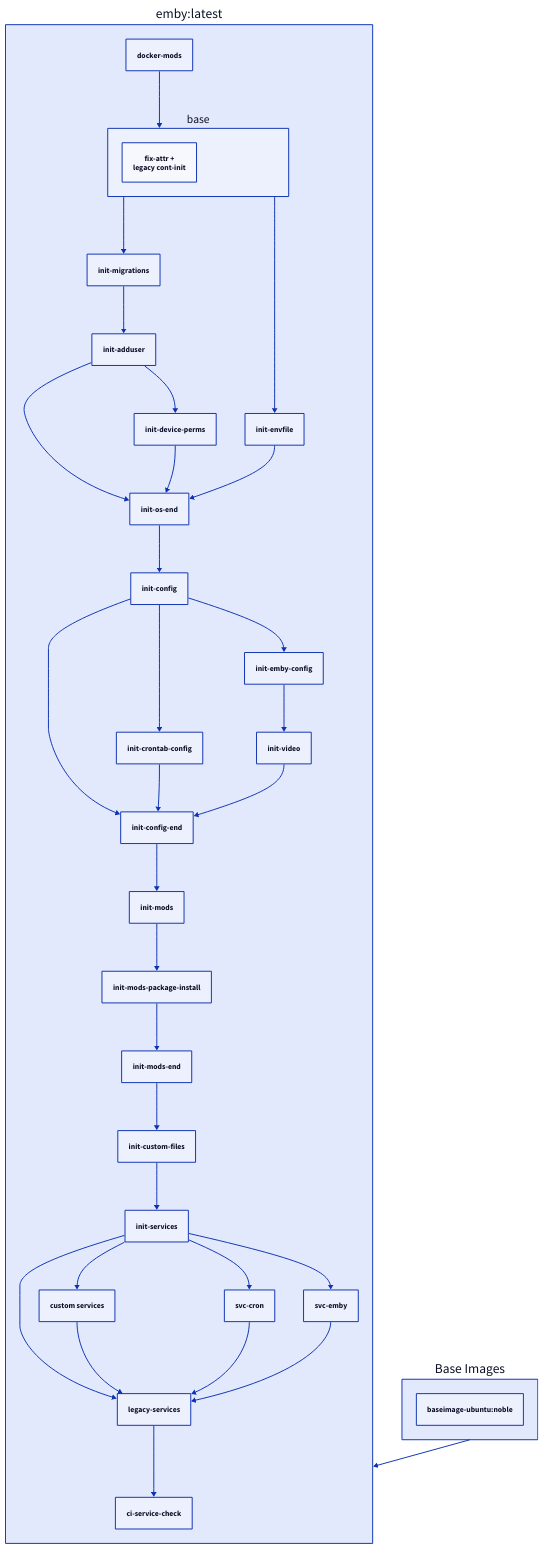
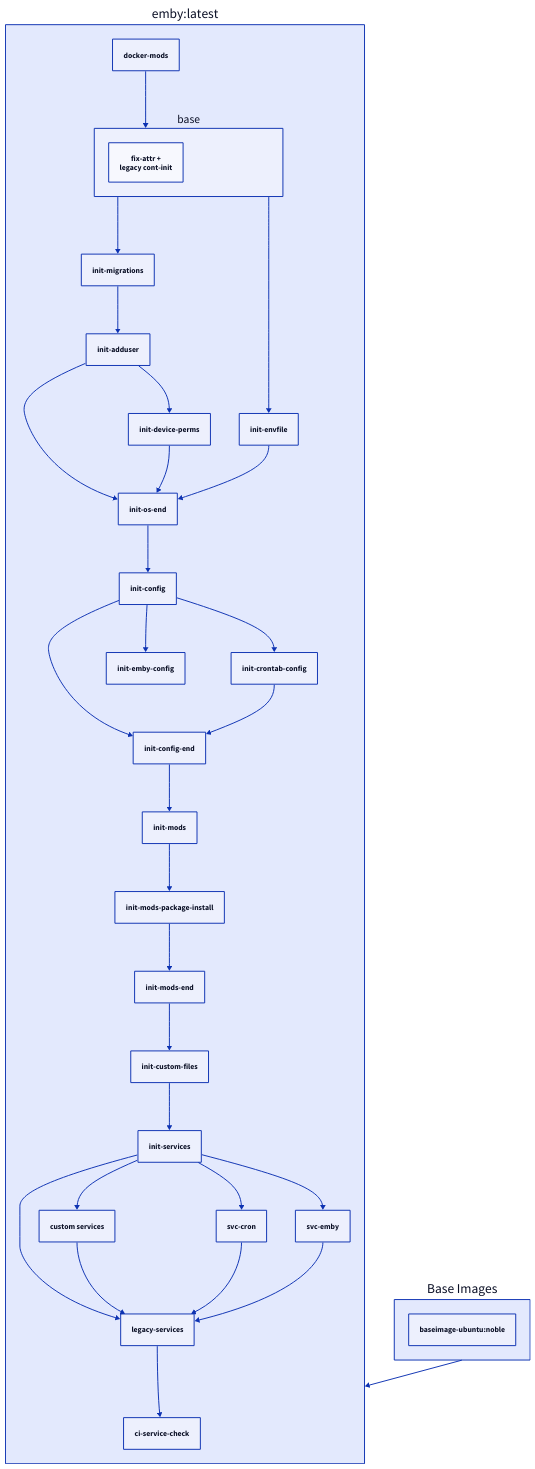
The diagram in docs/images/docker-emby.md (linuxserver/docker-documentation), drawn with D2 before and after one commit.

Commit message:
Bot Updating Documentation

````diff
--- a/docs/images/docker-emby.md
+++ b/docs/images/docker-emby.md
@@ -373,42 +373,40 @@
     ```d2
     "emby:latest": {
       docker-mods
       base {
         fix-attr +\nlegacy cont-init
       }
       docker-mods -> base
       legacy-services
       custom services
       init-services -> legacy-services
       init-services -> custom services
       custom services -> legacy-services
       legacy-services -> ci-service-check
       init-migrations -> init-adduser
       init-os-end -> init-config
       init-config -> init-config-end
       init-crontab-config -> init-config-end
-      init-video -> init-config-end
       init-config -> init-crontab-config
       init-mods-end -> init-custom-files
       init-adduser -> init-device-perms
       init-config -> init-emby-config
       base -> init-envfile
       base -> init-migrations
       init-config-end -> init-mods
       init-mods-package-install -> init-mods-end
       init-mods -> init-mods-package-install
       init-adduser -> init-os-end
       init-device-perms -> init-os-end
       init-envfile -> init-os-end
       init-custom-files -> init-services
-      init-emby-config -> init-video
       init-services -> svc-cron
       svc-cron -> legacy-services
       init-services -> svc-emby
       svc-emby -> legacy-services
     }
     Base Images: {
       "baseimage-ubuntu:noble"
     }
     "emby:latest" <- Base Images
     ```
````
